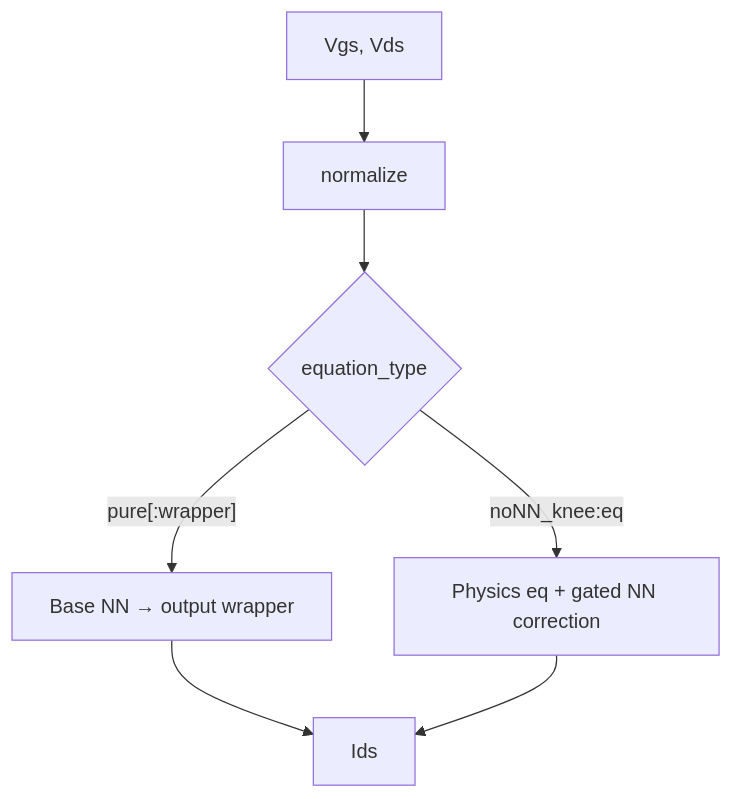
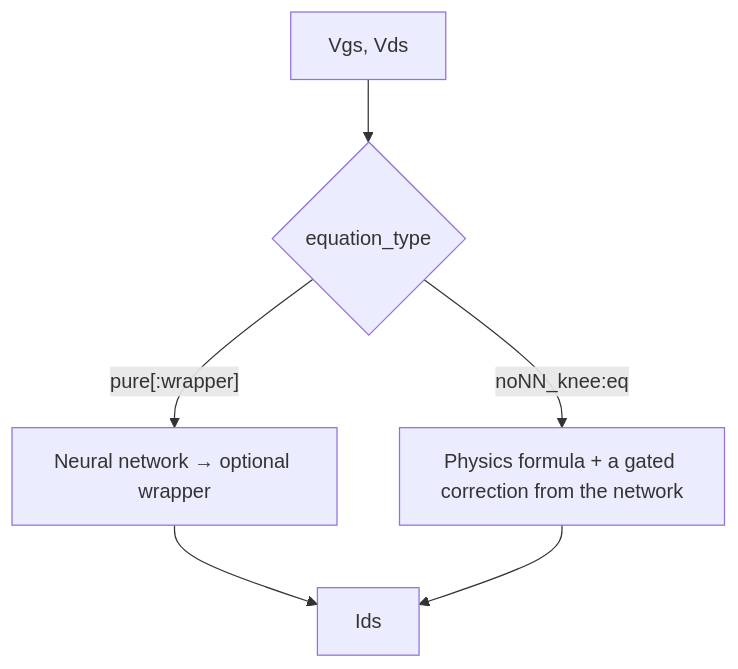
One commit to Angel-AD/transistor_modeling changed the first of 5 diagrams in docs/MODEL_ARCHITECTURES.md. Above: the diagram before and after it, drawn with Mermaid. The commit also changed other lines of this file and 3 other files, not shown here.

````diff
--- a/docs/MODEL_ARCHITECTURES.md
+++ b/docs/MODEL_ARCHITECTURES.md
@@ -20,9 +21,8 @@
 ```mermaid
 flowchart TD
-    IN["Vgs, Vds"] --> NORM["normalize"]
-    NORM --> SPLIT{"equation_type"}
-    SPLIT -->|"pure[:wrapper]"| PUREPATH["Base NN → output wrapper"]
-    SPLIT -->|"noNN_knee:eq"| HYBRIDPATH["Physics eq + gated NN correction"]
+    IN["Vgs, Vds"] --> SPLIT{"equation_type"}
+    SPLIT -->|"pure[:wrapper]"| PUREPATH["Neural network → optional wrapper"]
+    SPLIT -->|"noNN_knee:eq"| HYBRIDPATH["Physics formula + a gated correction from the network"]
     PUREPATH --> OUT["Ids"]
     HYBRIDPATH --> OUT
 ```
````
